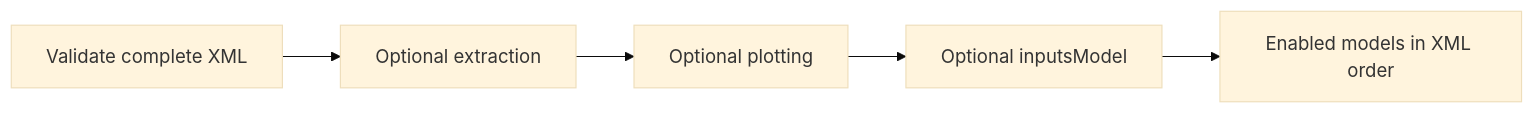
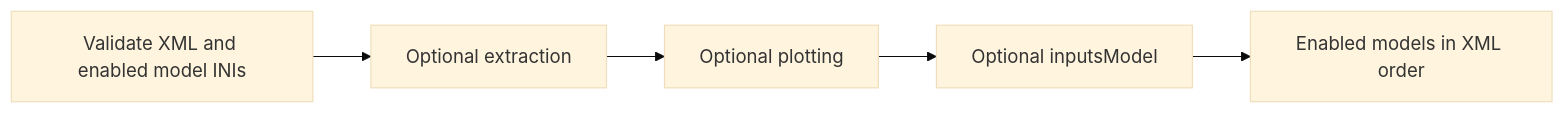
Before and after one commit to b64Lorenzo/NeoPRISM-AKI: the diagram in docs/xml-pipeline.md, drawn with Mermaid (base theme). The commit also changed other lines of this file and 6 other files, not shown here.

````diff
--- a/docs/xml-pipeline.md
+++ b/docs/xml-pipeline.md
@@ -31,7 +32,7 @@
 ```mermaid
 flowchart LR
-    XML[Validate complete XML] --> E[Optional extraction]
+    XML[Validate XML and enabled model INIs] --> E[Optional extraction]
     E --> P[Optional plotting]
     P --> I[Optional inputsModel]
     I --> M[Enabled models in XML order]
 ```
````
